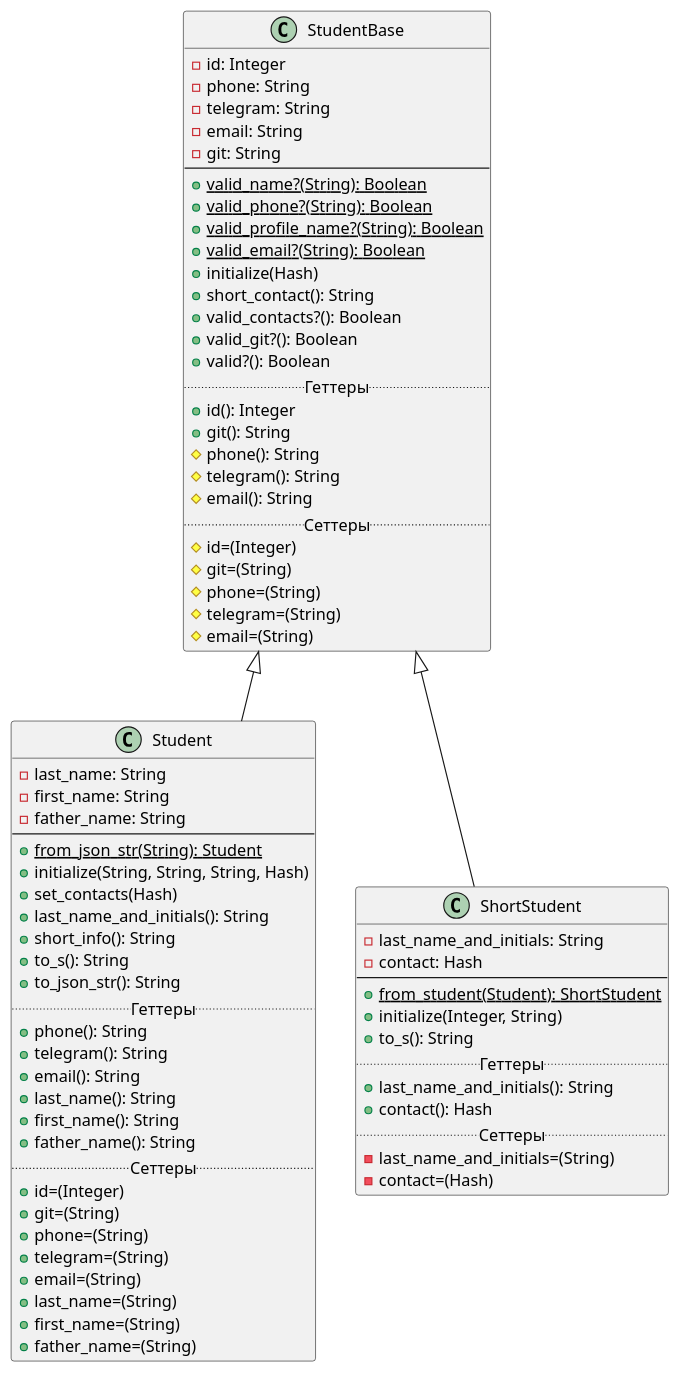
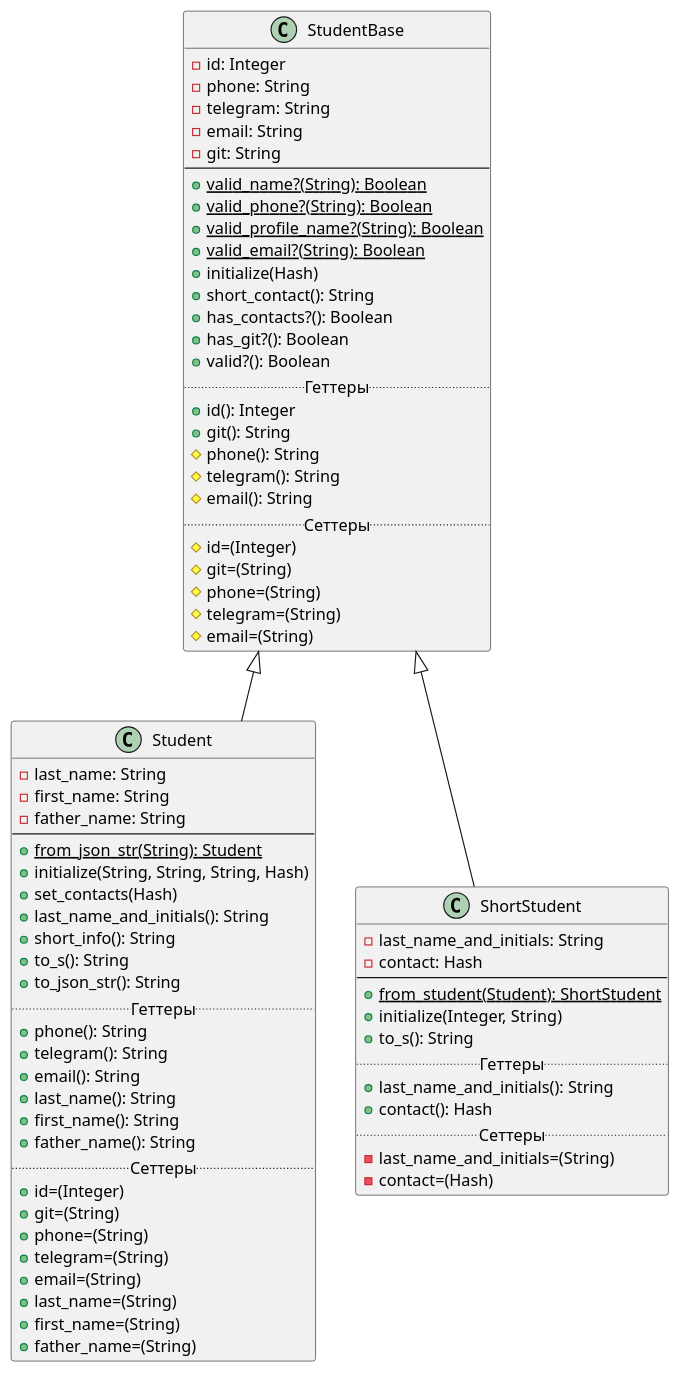
The diagram in Diagrams/lab2.puml (r1411/PatternsLabs), drawn with PlantUML before and after one commit. The commit also changed 2 other files, not shown here.

```diff
--- a/Diagrams/lab2.puml
+++ b/Diagrams/lab2.puml
@@ -1,79 +1,79 @@
 @startuml
 'https://plantuml.com/class-diagram
 
 class StudentBase {
     -id: Integer
     -phone: String
     -telegram: String
     -email: String
     -git: String
     --
     +{static}valid_name?(String): Boolean
     +{static}valid_phone?(String): Boolean
     +{static}valid_profile_name?(String): Boolean
     +{static}valid_email?(String): Boolean
     +initialize(Hash)
     +short_contact(): String
-    +valid_contacts?(): Boolean
-    +valid_git?(): Boolean
+    +has_contacts?(): Boolean
+    +has_git?(): Boolean
     +valid?(): Boolean
     .. Геттеры ..
     +id(): Integer
     +git(): String
     #phone(): String
     #telegram(): String
     #email(): String
     .. Сеттеры ..
     #id=(Integer)
     #git=(String)
     #phone=(String)
     #telegram=(String)
     #email=(String)
 }
 
 class Student extends StudentBase {
     -last_name: String
     -first_name: String
     -father_name: String
     --
     +{static}from_json_str(String): Student
     +initialize(String, String, String, Hash)
     +set_contacts(Hash)
     +last_name_and_initials(): String
     +short_info(): String
     +to_s(): String
     +to_json_str(): String
     .. Геттеры ..
     +phone(): String
     +telegram(): String
     +email(): String
     +last_name(): String
     +first_name(): String
     +father_name(): String
     .. Сеттеры ..
     +id=(Integer)
     +git=(String)
     +phone=(String)
     +telegram=(String)
     +email=(String)
     +last_name=(String)
     +first_name=(String)
     +father_name=(String)
 }
 
 class ShortStudent extends StudentBase {
     -last_name_and_initials: String
     -contact: Hash
     --
     +{static}from_student(Student): ShortStudent
     +initialize(Integer, String)
     +to_s(): String
     .. Геттеры ..
     +last_name_and_initials(): String
     +contact(): Hash
     .. Сеттеры ..
     -last_name_and_initials=(String)
     -contact=(Hash)
 }
 
 @enduml
```
